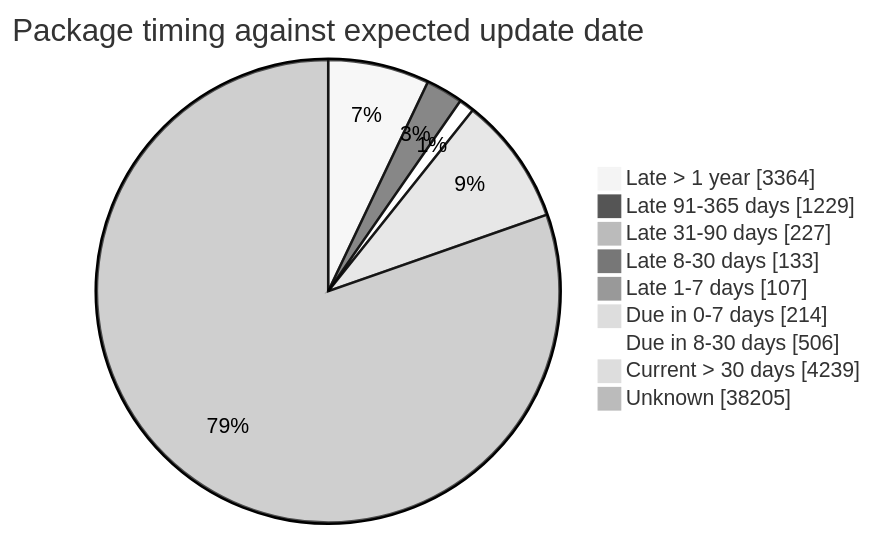
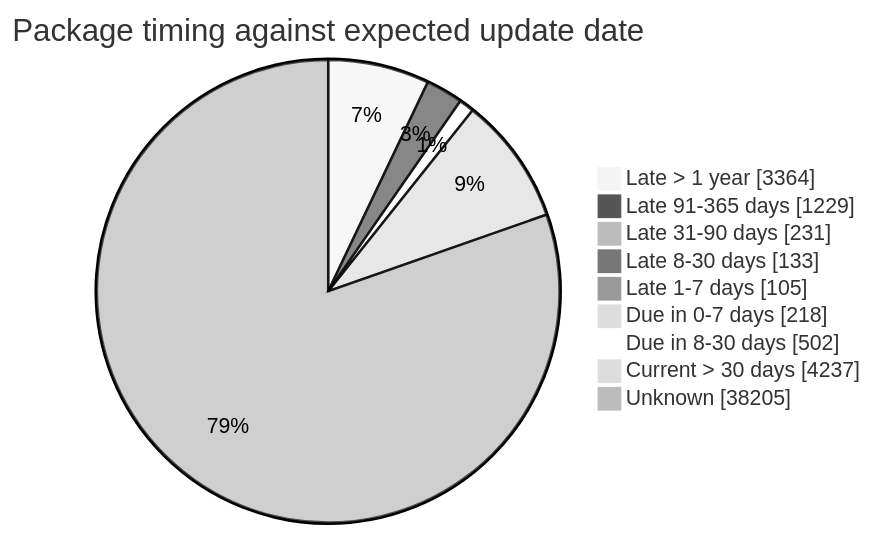
The fourth of 5 diagrams in FreshCheck/README.md (open-data/analytics-corporate-reporting), drawn with Mermaid (neutral theme) before and after one commit. The commit also changed other lines of this file and 3 other files, not shown here.

````diff
--- a/FreshCheck/README.md
+++ b/FreshCheck/README.md
@@ -86,12 +86,12 @@
 ```mermaid
 pie showData title Package timing against expected update date
     "Late > 1 year": 3364
     "Late 91-365 days": 1229
-    "Late 31-90 days": 227
+    "Late 31-90 days": 231
     "Late 8-30 days": 133
-    "Late 1-7 days": 107
-    "Due in 0-7 days": 214
-    "Due in 8-30 days": 506
-    "Current > 30 days": 4239
+    "Late 1-7 days": 105
+    "Due in 0-7 days": 218
+    "Due in 8-30 days": 502
+    "Current > 30 days": 4237
     "Unknown": 38205
 ```
````
